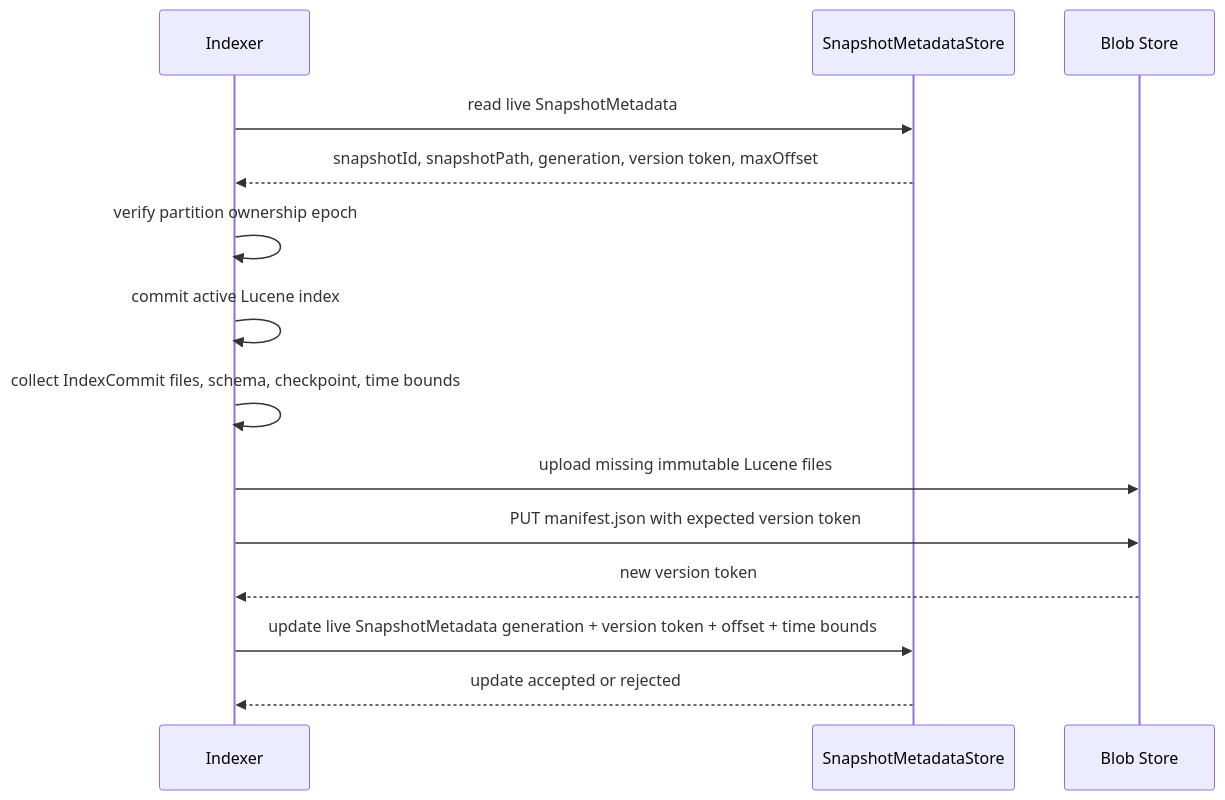
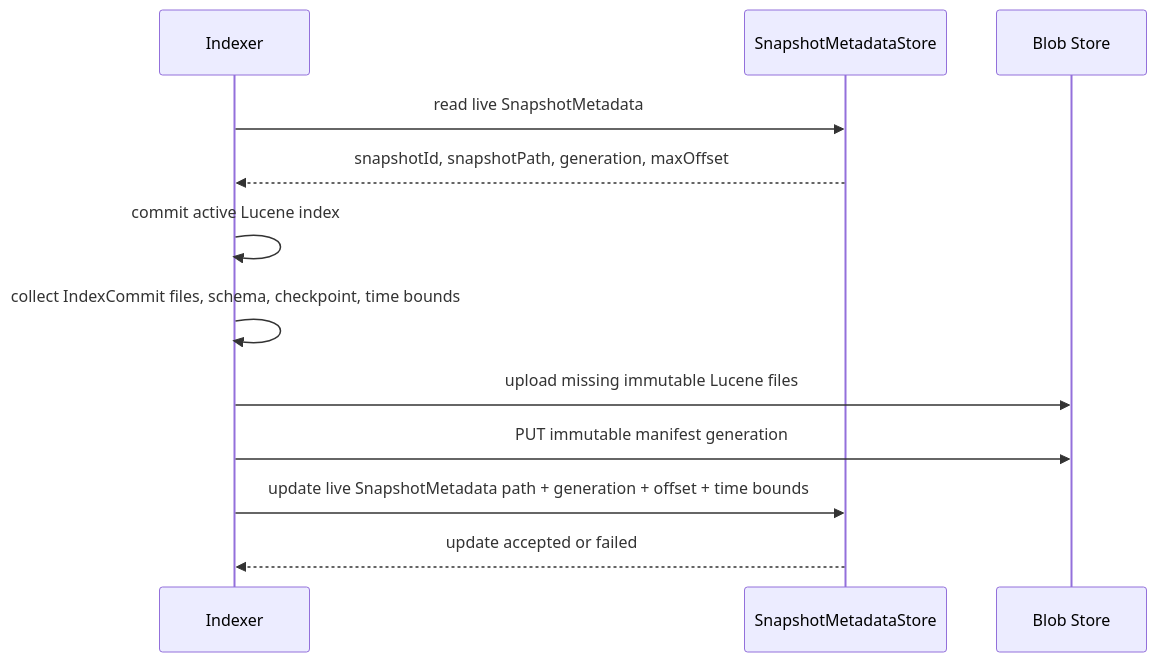
The second of 4 diagrams in docs/adr/nrt_design.md (vrajat/kaldb), drawn with Mermaid before and after one commit. The commit also changed other lines of this file and 19 other files, not shown here.

````diff
--- a/docs/adr/nrt_design.md
+++ b/docs/adr/nrt_design.md
@@ -246,17 +240,15 @@
 ```mermaid
 sequenceDiagram
   participant I as Indexer
   participant Z as SnapshotMetadataStore
   participant B as Blob Store
 
   I->>Z: read live SnapshotMetadata
-  Z-->>I: snapshotId, snapshotPath, generation, version token, maxOffset
-  I->>I: verify partition ownership epoch
+  Z-->>I: snapshotId, snapshotPath, generation, maxOffset
   I->>I: commit active Lucene index
   I->>I: collect IndexCommit files, schema, checkpoint, time bounds
   I->>B: upload missing immutable Lucene files
-  I->>B: PUT manifest.json with expected version token
-  B-->>I: new version token
-  I->>Z: update live SnapshotMetadata generation + version token + offset + time bounds
-  Z-->>I: update accepted or rejected
+  I->>B: PUT immutable manifest generation
+  I->>Z: update live SnapshotMetadata path + generation + offset + time bounds
+  Z-->>I: update accepted or failed
 ```
````
